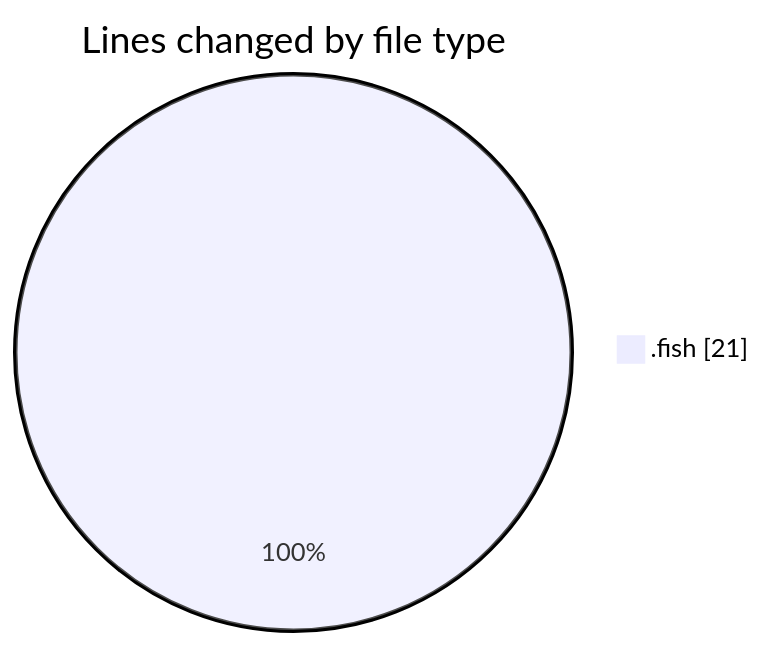
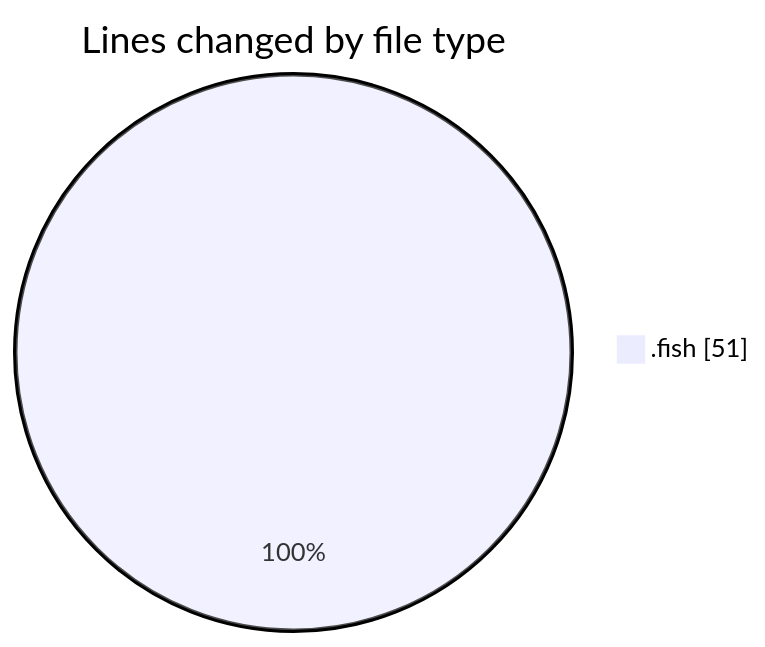
The first of 2 diagrams in 2025-07-27/fish/README.md (EIIisD/code-tracking), drawn with Mermaid before and after one commit. The commit also changed other lines of this file and 1 other file, not shown here.

````diff
--- a/2025-07-27/fish/README.md
+++ b/2025-07-27/fish/README.md
@@ -20,5 +20,5 @@
 ```mermaid
 pie showData
 title Lines changed by file type
-".fish" : 21
+".fish" : 51
 ```
````
